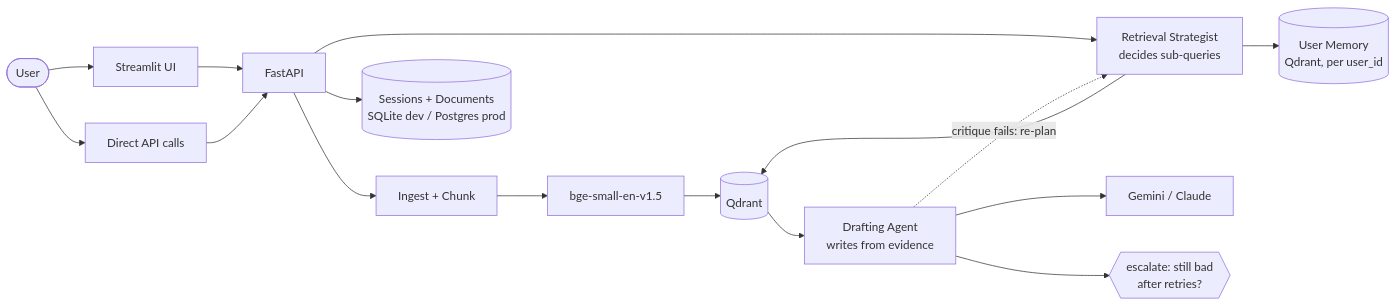
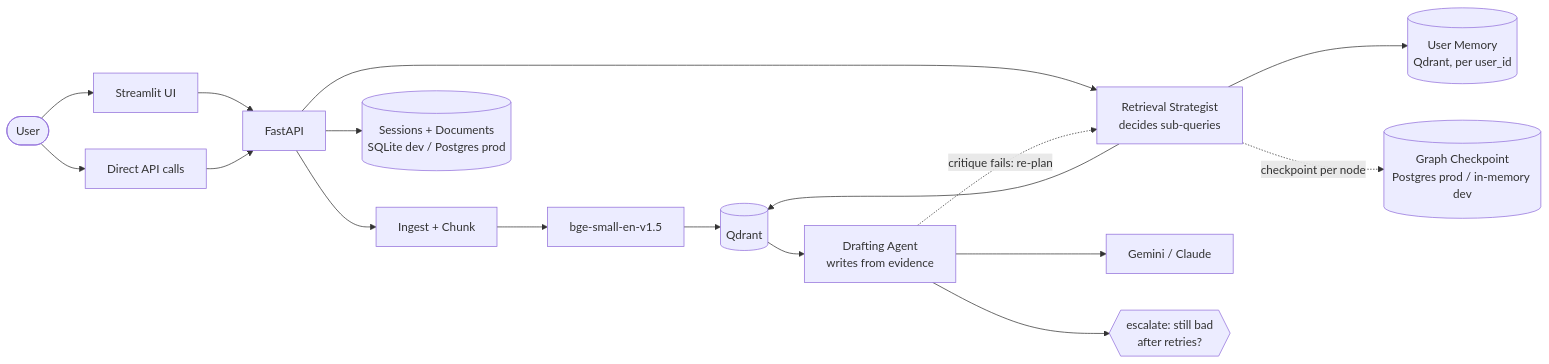
The diagram in README.md (vishnu0529/enterprise-rag-assistant), drawn with Mermaid before and after one commit. The commit also changed other lines of this file and 7 other files, not shown here.

````diff
--- a/README.md
+++ b/README.md
@@ -86,18 +87,19 @@
 ```mermaid
 flowchart LR
     U([User]) --> UI[Streamlit UI]
     U --> API_direct[Direct API calls]
     UI --> API[FastAPI]
     API_direct --> API
     API --> Ingest[Ingest + Chunk]
     Ingest --> Embed[bge-small-en-v1.5]
     Embed --> Qdrant[(Qdrant)]
     API --> Strategist[Retrieval Strategist<br/>decides sub-queries]
     Strategist --> Qdrant
     Qdrant --> Drafter[Drafting Agent<br/>writes from evidence]
     Drafter --> LLM[Gemini / Claude]
     Drafter -.critique fails: re-plan.-> Strategist
     Drafter --> Escalate{{escalate: still bad<br/>after retries?}}
     Strategist --> Memory[(User Memory<br/>Qdrant, per user_id)]
     API --> DB[(Sessions + Documents<br/>SQLite dev / Postgres prod)]
+    Strategist -.checkpoint per node.-> Checkpoint[(Graph Checkpoint<br/>Postgres prod / in-memory dev)]
 ```
````
